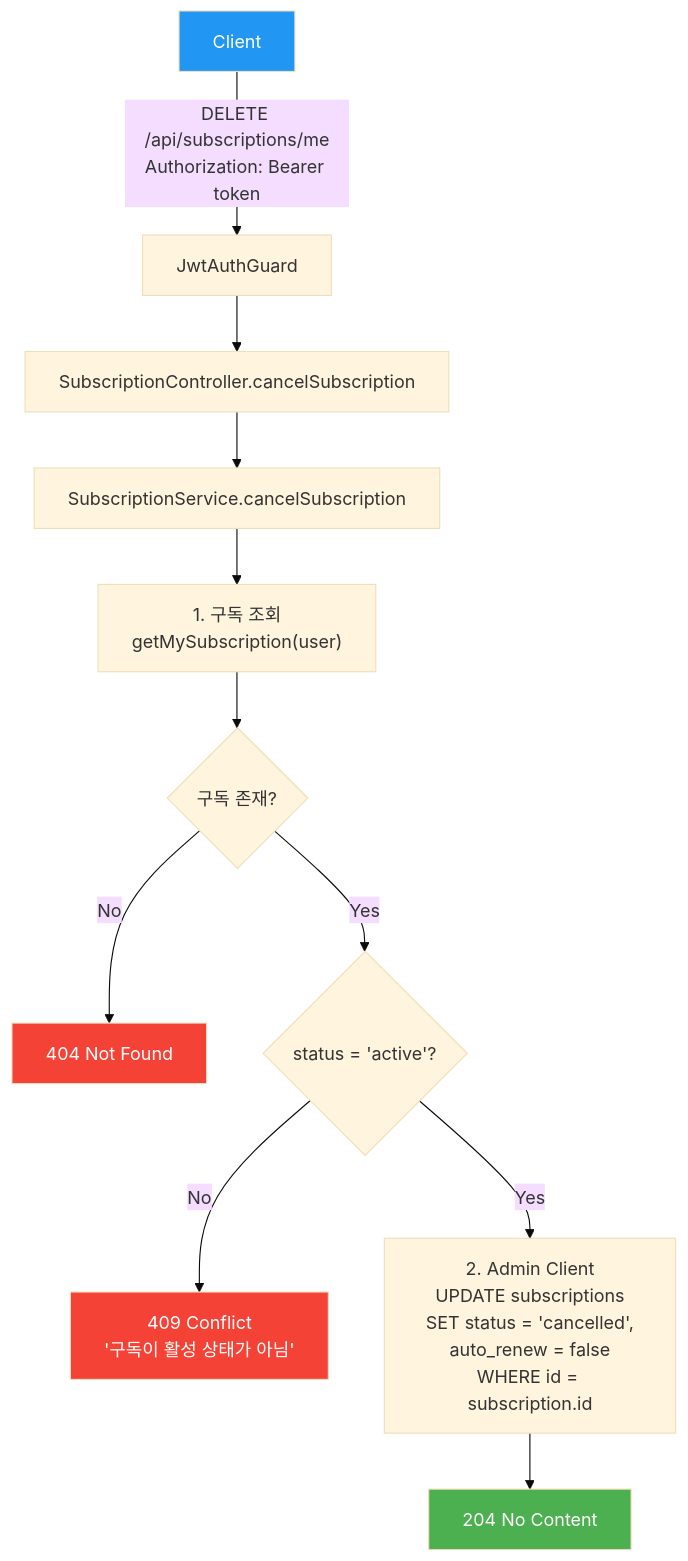
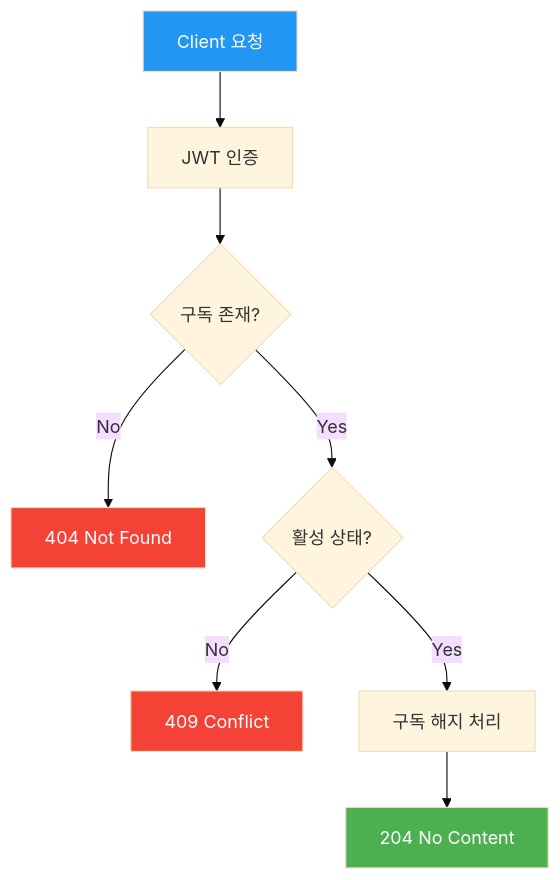
The seventh of 10 diagrams in docs/api/subscription-api.md (youngkim90/ddukddak-api), drawn with Mermaid (base theme) before and after one commit. The commit also changed other lines of this file and 5 other files, not shown here.

First line of the commit message:
docs: simplify flowcharts with dual API/code flow structure

````diff
--- a/docs/api/subscription-api.md
+++ b/docs/api/subscription-api.md
@@ -195,18 +203,15 @@
 ```mermaid
 flowchart TD
-    A[Client] -->|"DELETE /api/subscriptions/me<br/>Authorization: Bearer token"| B[JwtAuthGuard]
-    B --> C[SubscriptionController.cancelSubscription]
-    C --> D[SubscriptionService.cancelSubscription]
-    D --> E["1. 구독 조회<br/>getMySubscription(user)"]
-    E --> F{구독 존재?}
-    F -- No --> G["404 Not Found"]
-    F -- Yes --> H{status = 'active'?}
-    H -- No --> I["409 Conflict<br/>'구독이 활성 상태가 아님'"]
-    H -- Yes --> J["2. Admin Client<br/>UPDATE subscriptions<br/>SET status = 'cancelled',<br/>auto_renew = false<br/>WHERE id = subscription.id"]
-    J --> K["204 No Content"]
+    A[Client 요청] --> B[JWT 인증]
+    B --> C{구독 존재?}
+    C -- No --> D[404 Not Found]
+    C -- Yes --> E{활성 상태?}
+    E -- No --> F[409 Conflict]
+    E -- Yes --> G[구독 해지 처리]
+    G --> H[204 No Content]
 
     style A fill:#2196f3,color:#fff
-    style G fill:#f44336,color:#fff
-    style I fill:#f44336,color:#fff
-    style K fill:#4caf50,color:#fff
+    style D fill:#f44336,color:#fff
+    style F fill:#f44336,color:#fff
+    style H fill:#4caf50,color:#fff
 ```
````
